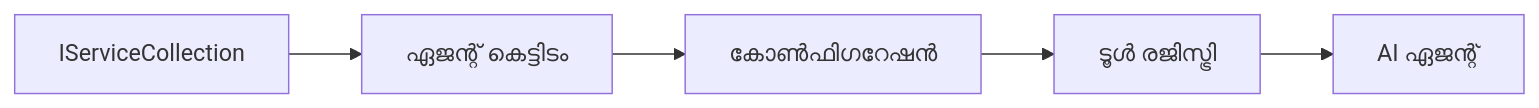
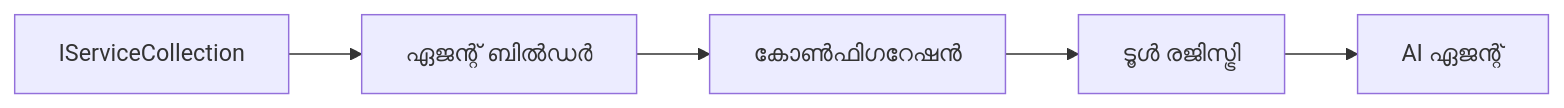
The diagram in translations/ml/03-agentic-design-patterns/code_samples/03-dotnet-agent-framework.md (venturemavenwill/azureaifundamentals), drawn with Mermaid before and after one commit. The commit also changed other lines of this file and 2002 other files, not shown here.

````diff
--- a/translations/ml/03-agentic-design-patterns/code_samples/03-dotnet-agent-framework.md
+++ b/translations/ml/03-agentic-design-patterns/code_samples/03-dotnet-agent-framework.md
@@ -41,7 +41,7 @@
 ```mermaid
 graph LR
-    A[IServiceCollection] --> B[ഏജന്റ് കെട്ടിടം]
+    A[IServiceCollection] --> B[ഏജന്റ് ബിൽഡർ]
     B --> C[കോൺഫിഗറേഷൻ]
     C --> D[ടൂൾ രജിസ്ട്രി]
     D --> E[AI ഏജന്റ്]
 ```
````
